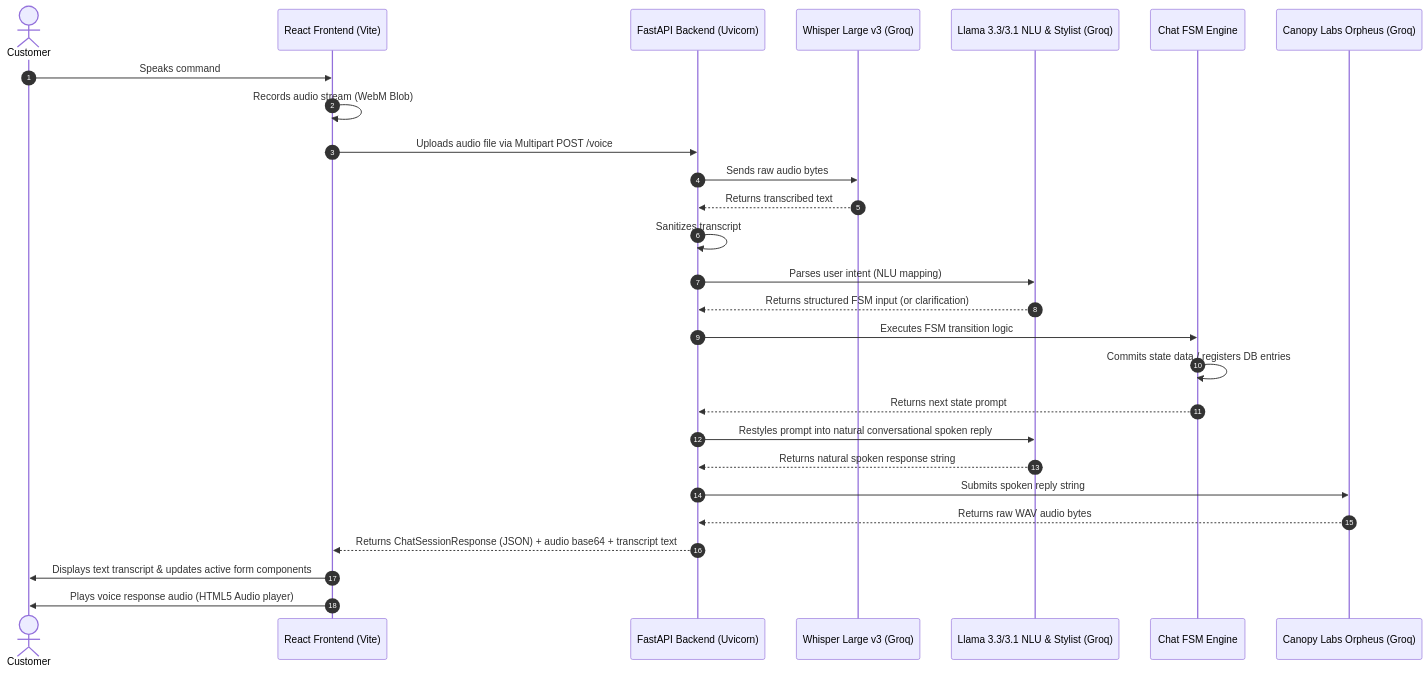
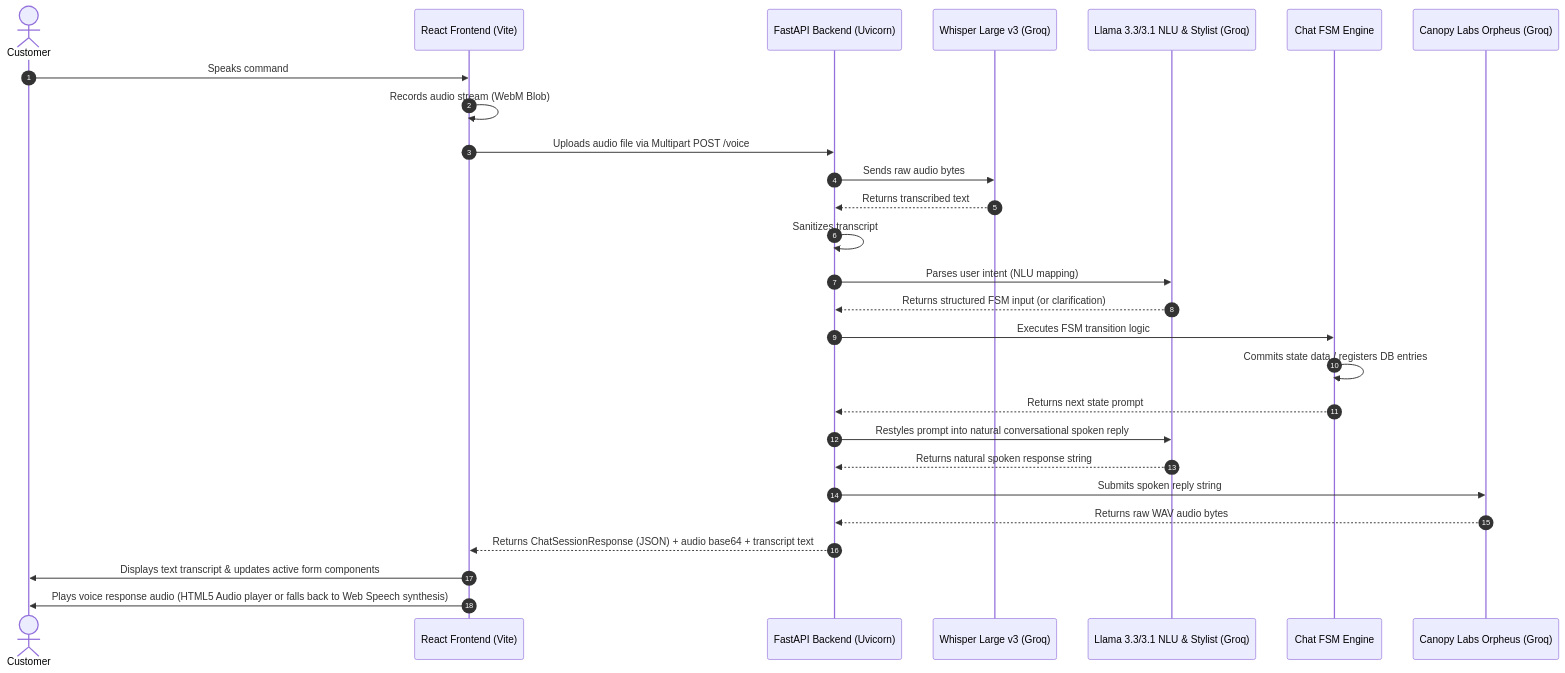
The third of 3 diagrams in docs/ARCHITECTURE.md (rishietagi/Custimer_service), drawn with Mermaid before and after one commit. The commit also changed other lines of this file and 6 other files, not shown here.

````diff
--- a/docs/ARCHITECTURE.md
+++ b/docs/ARCHITECTURE.md
@@ -93,30 +93,30 @@
 ```mermaid
 sequenceDiagram
     autonumber
     actor User as Customer
     participant FE as React Frontend (Vite)
     participant BE as FastAPI Backend (Uvicorn)
     participant WS as Whisper Large v3 (Groq)
     participant LLM as Llama 3.3/3.1 NLU & Stylist (Groq)
     participant FSM as Chat FSM Engine
     participant TTS as Canopy Labs Orpheus (Groq)
 
     User->>FE: Speaks command
     FE->>FE: Records audio stream (WebM Blob)
     FE->>BE: Uploads audio file via Multipart POST /voice
     BE->>WS: Sends raw audio bytes
     WS-->>BE: Returns transcribed text
     BE->>BE: Sanitizes transcript
     BE->>LLM: Parses user intent (NLU mapping)
     LLM-->>BE: Returns structured FSM input (or clarification)
     BE->>FSM: Executes FSM transition logic
     FSM->>FSM: Commits state data / registers DB entries
     FSM-->>BE: Returns next state prompt
     BE->>LLM: Restyles prompt into natural conversational spoken reply
     LLM-->>BE: Returns natural spoken response string
     BE->>TTS: Submits spoken reply string
     TTS-->>BE: Returns raw WAV audio bytes
     BE-->>FE: Returns ChatSessionResponse (JSON) + audio base64 + transcript text
     FE->>User: Displays text transcript & updates active form components
-    FE->>User: Plays voice response audio (HTML5 Audio player)
+    FE->>User: Plays voice response audio (HTML5 Audio player or falls back to Web Speech synthesis)
 ```
````
